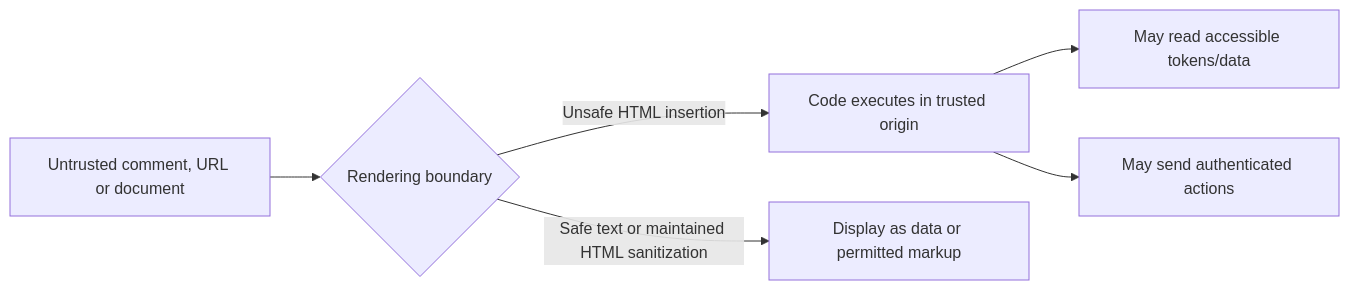
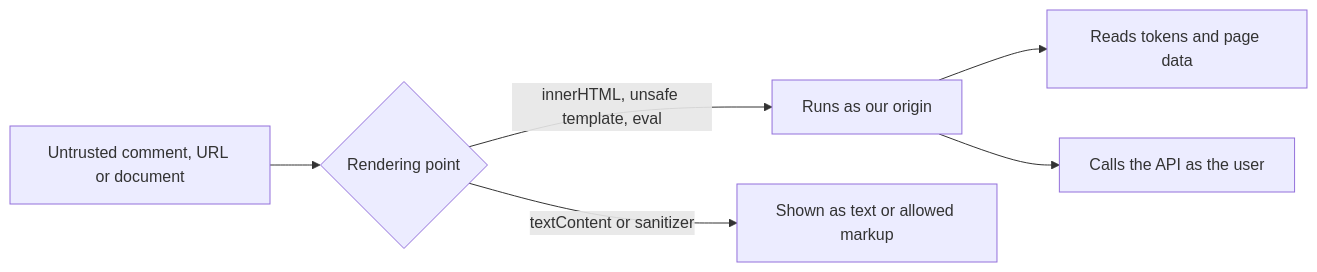
Diagram 15 of 15 in Authentication-Authorization-Patterns.md (guptanitesh-ng/study), drawn with Mermaid before and after one commit. The commit also changed other lines of this file and 2 other files, not shown here.

````diff
--- a/Authentication-Authorization-Patterns.md
+++ b/Authentication-Authorization-Patterns.md
@@ -616,8 +702,8 @@
 ```mermaid
 flowchart LR
-    Input["Untrusted comment, URL or document"] --> Render{"Rendering boundary"}
-    Render -->|Unsafe HTML insertion| Code["Code executes in trusted origin"]
-    Code --> Read["May read accessible tokens/data"]
-    Code --> Act["May send authenticated actions"]
-    Render -->|Safe text or maintained HTML sanitization| Data["Display as data or permitted markup"]
+    Input["Untrusted comment, URL or document"] --> Render{"Rendering point"}
+    Render -->|innerHTML, unsafe template, eval| Code["Runs as our origin"]
+    Code --> Read["Reads tokens and page data"]
+    Code --> Act["Calls the API as the user"]
+    Render -->|textContent or sanitizer| Data["Shown as text or allowed markup"]
 ```
````
